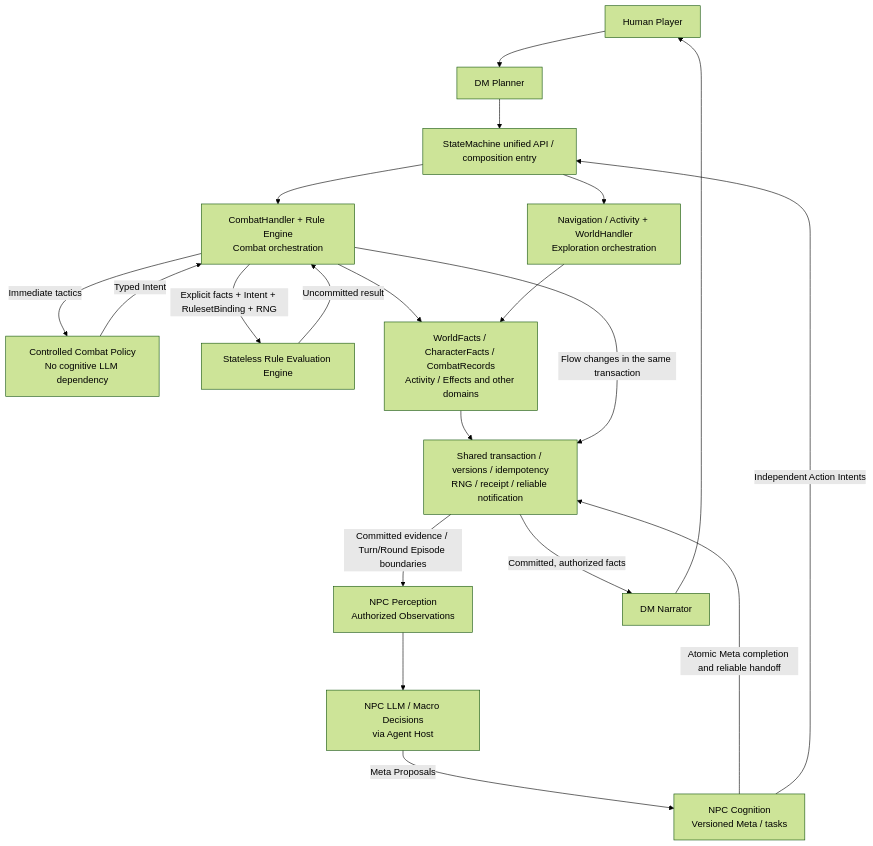
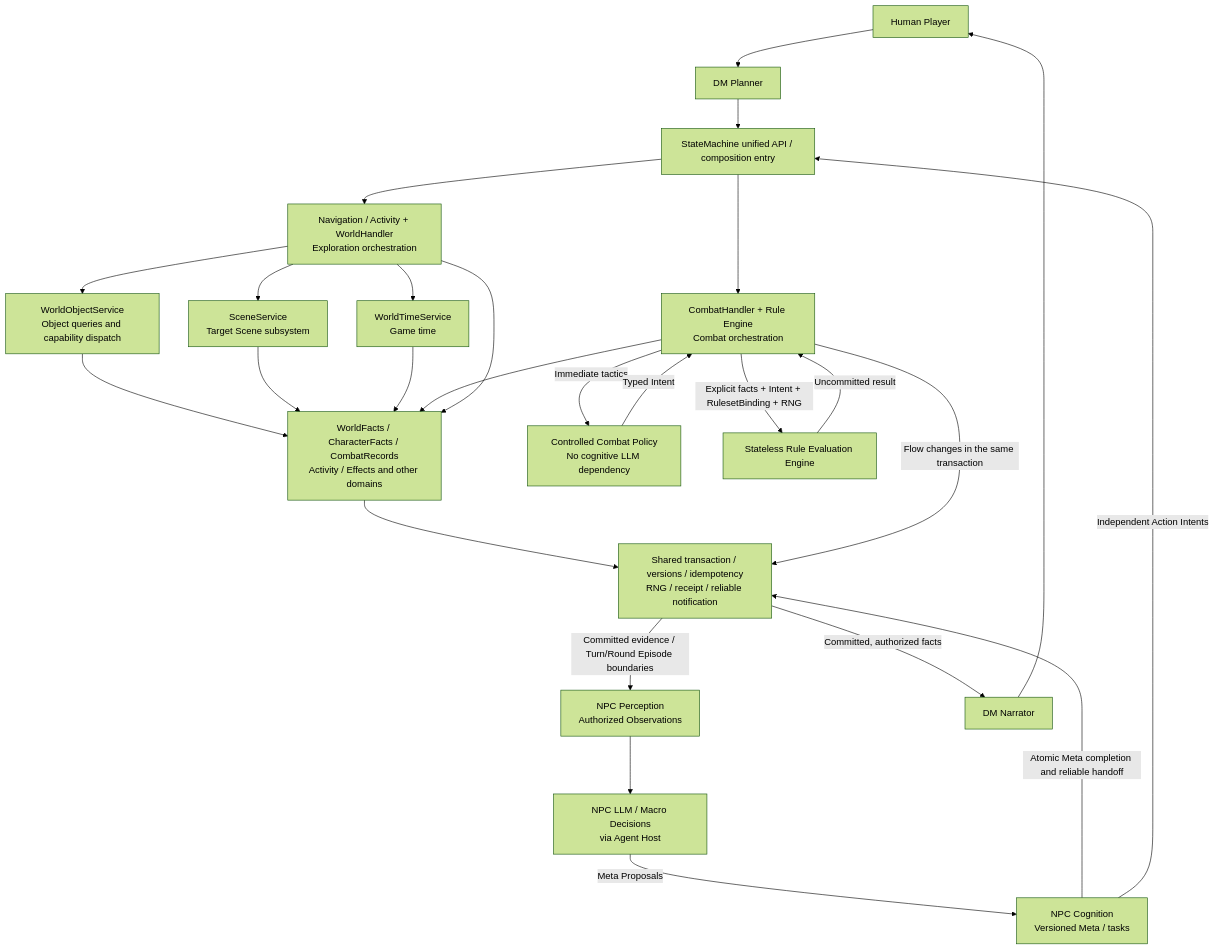
The diagram in README.md (agentic-trpg/agentic-trpg), drawn with Mermaid (forest theme) before and after one commit. The commit also changed other lines of this file and 7 other files, not shown here.

Commit message:
docs: sync World services and Scene targets against current SM main

````diff
--- a/README.md
+++ b/README.md
@@ -27,22 +27,28 @@
 ```mermaid
 flowchart TD
     Player[Human Player] --> Planner[DM Planner]
     Planner --> Entry[StateMachine unified API / composition entry]
     Entry --> Explore[Navigation / Activity + WorldHandler<br/>Exploration orchestration]
+    Explore --> Objects[WorldObjectService<br/>Object queries and capability dispatch]
+    Explore --> Scene[SceneService<br/>Target Scene subsystem]
+    Explore --> Clock[WorldTimeService<br/>Game time]
+    Objects --> Domains
+    Scene --> Domains
+    Clock --> Domains
     Entry --> Handler[CombatHandler + Rule Engine<br/>Combat orchestration]
     Handler -->|Immediate tactics| Policy[Controlled Combat Policy<br/>No cognitive LLM dependency]
     Policy -->|Typed Intent| Handler
     Handler -->|Explicit facts + Intent + RulesetBinding + RNG| RE[Stateless Rule Evaluation Engine]
     RE -->|Uncommitted result| Handler
     Handler --> Domains[WorldFacts / CharacterFacts / CombatRecords<br/>Activity / Effects and other domains]
     Explore --> Domains
     Domains --> Commit[Shared transaction / versions / idempotency<br/>RNG / receipt / reliable notification]
     Handler -->|Flow changes in the same transaction| Commit
     Commit -->|Committed evidence / Turn/Round Episode boundaries| Perception[NPC Perception<br/>Authorized Observations]
     Perception --> NPC[NPC LLM / Macro Decisions<br/>via Agent Host]
     NPC -->|Meta Proposals| Cognition[NPC Cognition<br/>Versioned Meta / tasks]
     Cognition -->|Atomic Meta completion and reliable handoff| Commit
     Cognition -->|Independent Action Intents| Entry
     Commit -->|Committed, authorized facts| Narrator[DM Narrator]
     Narrator --> Player
 ```
````
